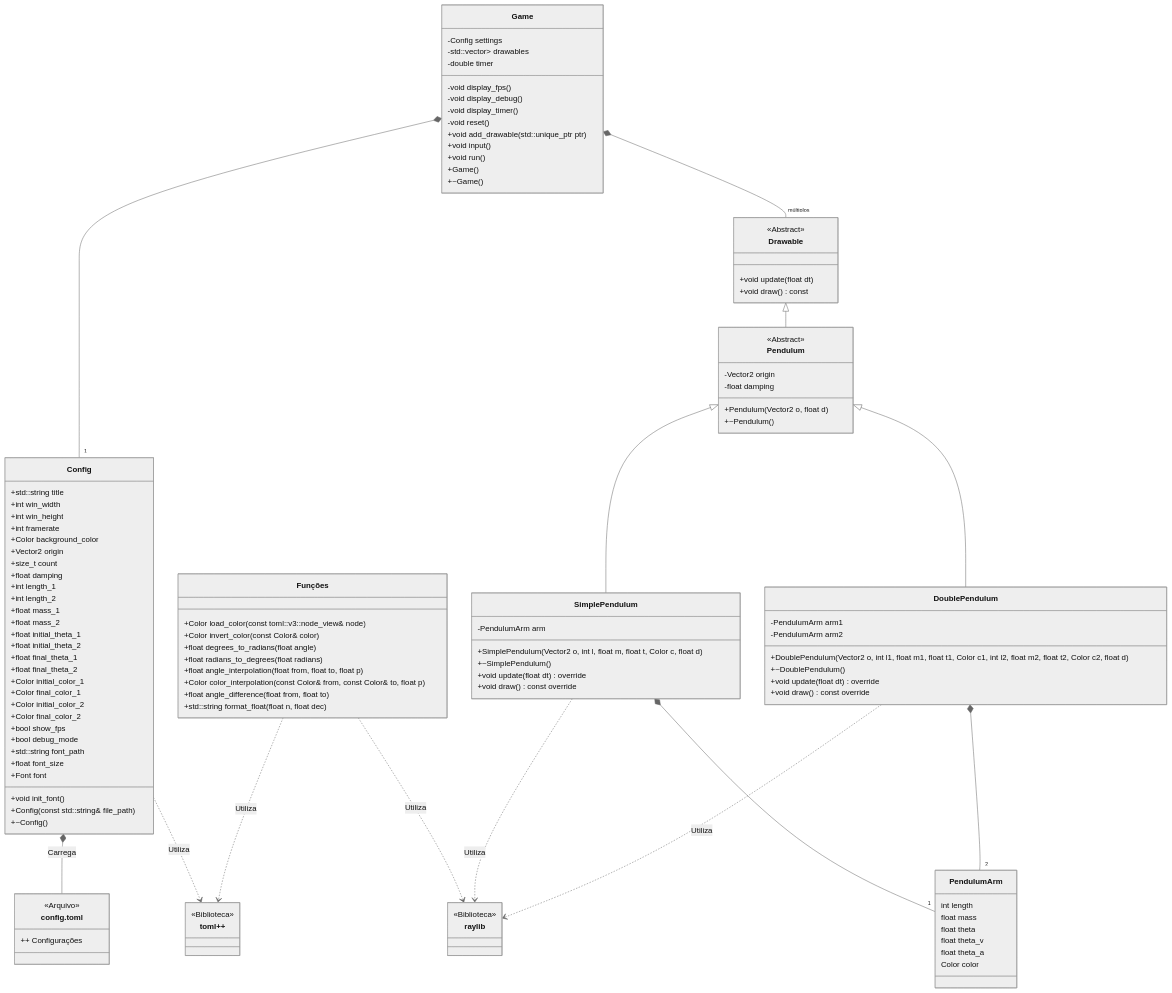
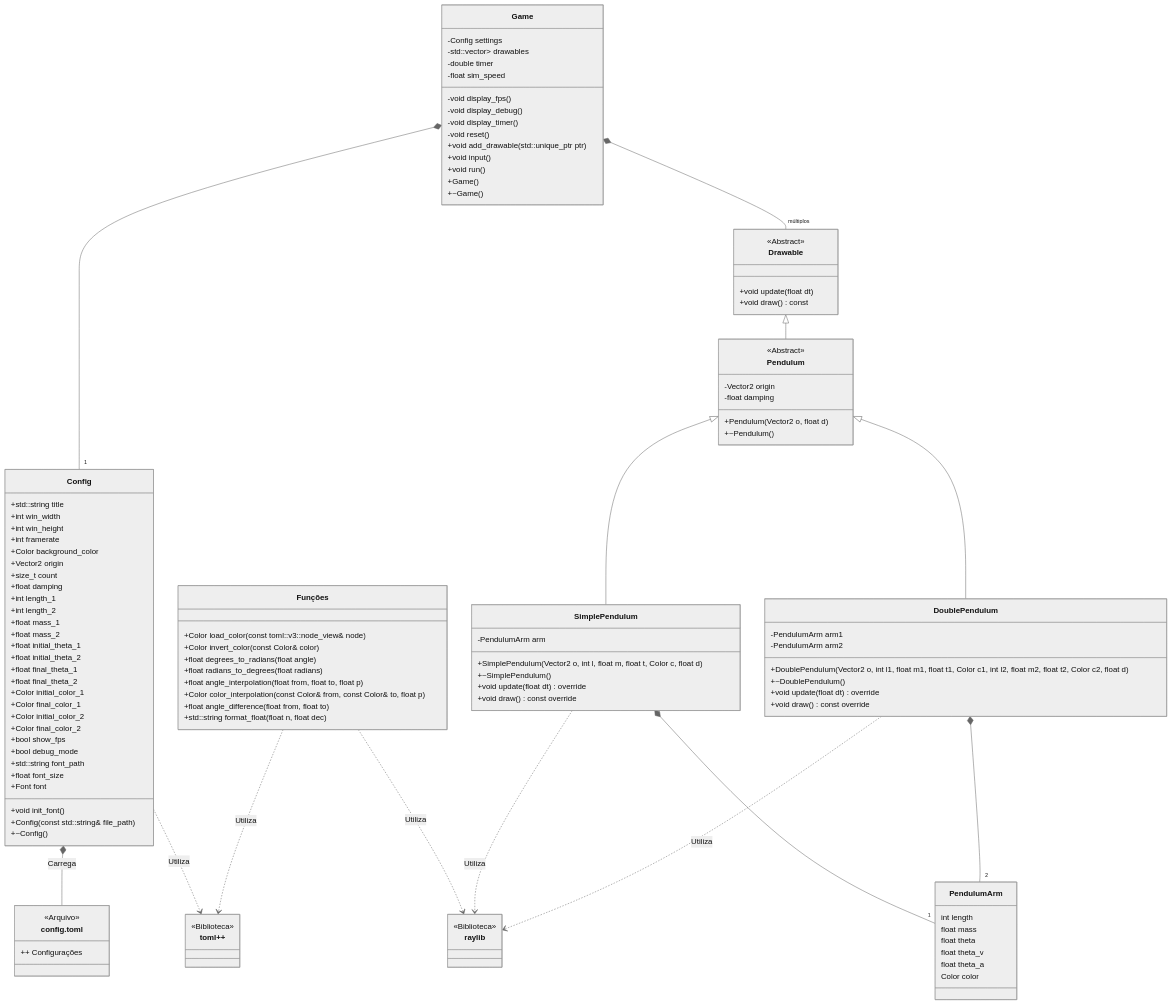
The diagram in readme.md (SamVeras/ChaoticDPends), drawn with Mermaid before and after one commit. The commit also changed 3 other files, not shown here.

```diff
--- a/readme.md
+++ b/readme.md
@@ -139,6 +139,7 @@
       -Config settings
       -std::vector<std::unique_ptr<Drawable>> drawables
       -double timer
+      -float sim_speed
       -void display_fps()
       -void display_debug()
       -void display_timer()
```
